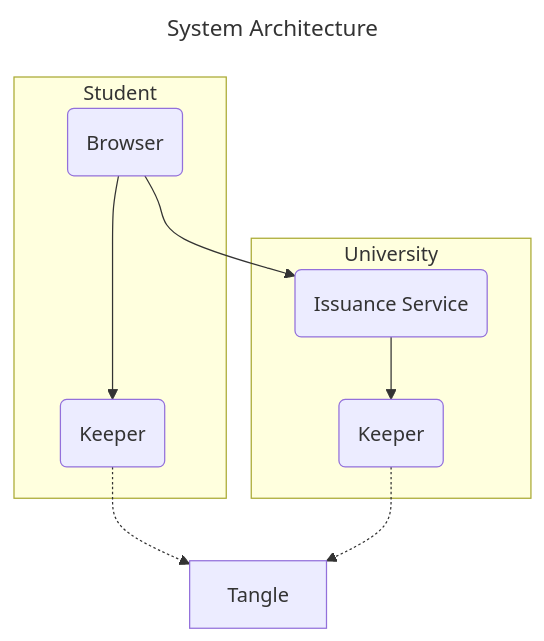
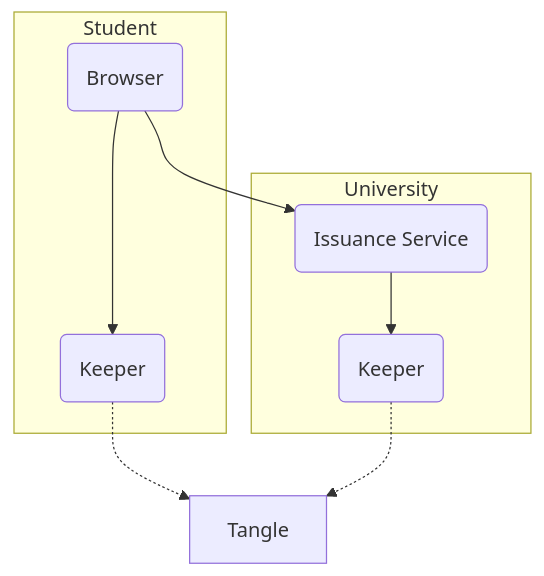
The third of 4 diagrams in README.md (kkmarv/IOTA-Digital-Student-ID), drawn with Mermaid before and after one commit. The commit also changed other lines of this file and 2 other files, not shown here.

Commit message:
remove mermaid header for version compatibility

````diff
--- a/README.md
+++ b/README.md
@@ -106,21 +112,21 @@
 ```mermaid
----
-title: System Architecture
----
+%%---
+%%title: System Architecture
+%%---
 flowchart
     subgraph University
         UniversityKeeper(Keeper)
         IssuanceService(Issuance Service)
     end
     
     subgraph Student
         StudentKeeper(Keeper)
         Browser(Browser)
     end
     
     StudentKeeper-.->Tangle
     UniversityKeeper-.->Tangle
     Browser-->IssuanceService
     Browser--->StudentKeeper
     IssuanceService-->UniversityKeeper
 ```
````
